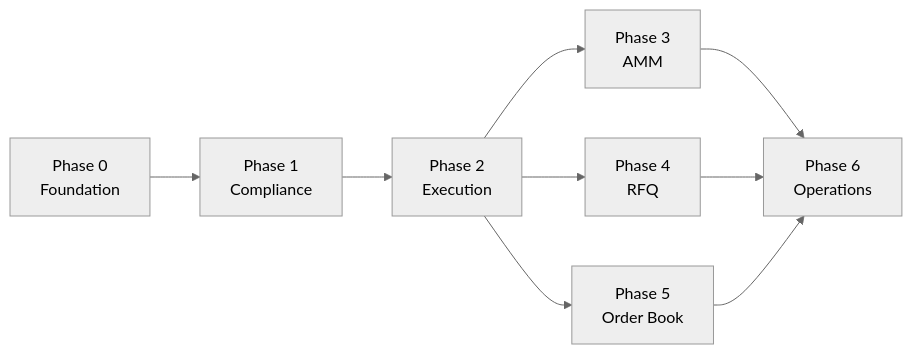
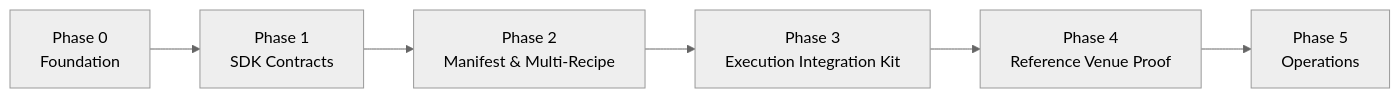
One commit to decipherhub/corner-store changed the diagram in docs/ROADMAP.md. Above: the diagram before and after it, drawn with Mermaid (neutral theme). The commit also changed other lines of this file and 21 other files, not shown here.

First line of the commit message:
make compliance policy and venue extensions independently reusable

````diff
--- a/docs/ROADMAP.md
+++ b/docs/ROADMAP.md
@@ -28,11 +30,8 @@
 ```mermaid
 flowchart LR
-  P0["Phase 0<br/>Foundation"] --> P1["Phase 1<br/>Compliance"]
-  P1 --> P2["Phase 2<br/>Execution"]
-  P2 --> P3["Phase 3<br/>AMM"]
-  P2 --> P4["Phase 4<br/>RFQ"]
-  P2 --> P5["Phase 5<br/>Order Book"]
-  P3 --> P6["Phase 6<br/>Operations"]
-  P4 --> P6
-  P5 --> P6
+  P0["Phase 0<br/>Foundation"] --> P1["Phase 1<br/>SDK Contracts"]
+  P1 --> P2["Phase 2<br/>Manifest & Multi-Recipe"]
+  P2 --> P3["Phase 3<br/>Execution Integration Kit"]
+  P3 --> P4["Phase 4<br/>Reference Venue Proof"]
+  P4 --> P5["Phase 5<br/>Operations"]
 ```
````
